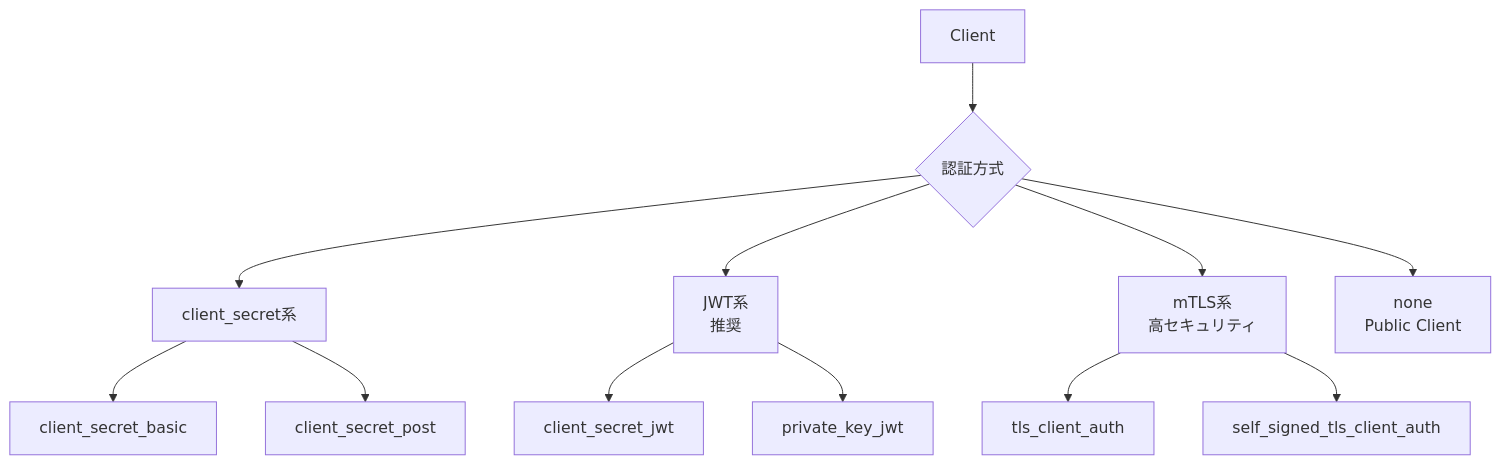
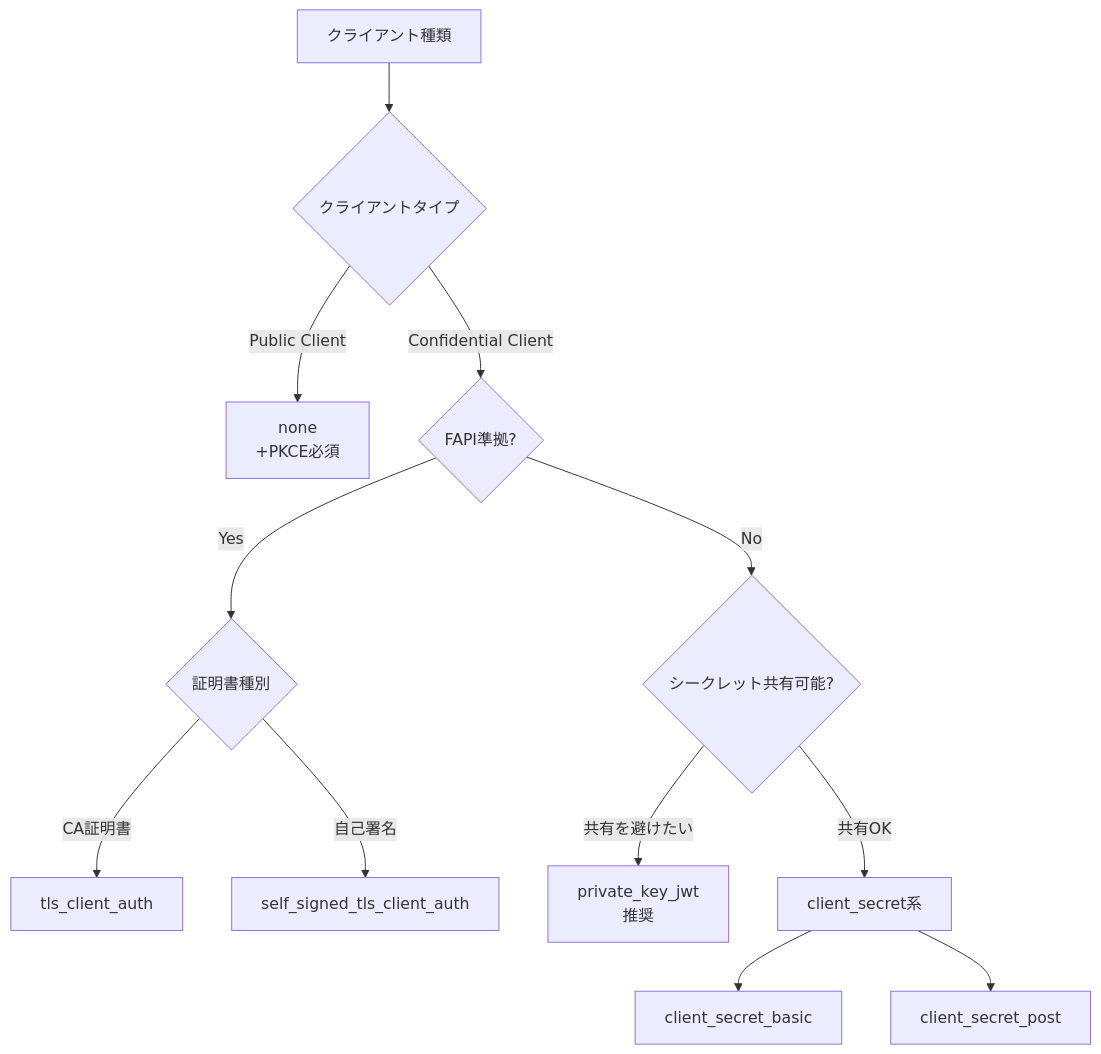
One commit to hirokazu-kobayashi-koba-hiro/idp-server changed the sixth of 6 diagrams in documentation/docs/content_03_concepts/concept-12-authorization.md. Above: the diagram before and after it, drawn with Mermaid. The commit also changed other lines of this file, not shown here.

Commit message:
Improve concept-12-authorization.md: Client authentication selection flowchart
Improve client authentication method selection flowchart to use decision-based flow instead of categorical grouping.

## Changes

- Change flowchart from categorical grouping to decision flow
- Replace "証明書使用可能?" with "FAPI準拠?" for clearer decision criteria
- Update selection criteria table:
  - "証明書使用可能（金融・医療）" → "FAPI準拠（金融・医療）"
  - "本番環境全般" → "シークレット共有を避けたい"
  - Reason: "最高セキュリティ" → "FAPI要件"

## Improvements

### Before (Categorical)
- Grouped by authentication method type (Secret, JWT, mTLS, None)
- Recommended by security level (★★★★★)
- "本番環境" vs "開発環境" (unclear criteria)

### After (Decision Flow)
1. Public Client → `none` + PKCE
2. Confidential Client → FAPI準拠?
   - Yes → mTLS (`tls_client_auth` or `self_signed_tls_client_auth`)
   - No → シークレット共有可能?
     - 共有を避けたい → `private_key_jwt` (推奨)
     - 共有OK → `client_secret系`

## Benefits

- Clearer decision criteria (FAPI compliance, secret sharing)
- Follows same pattern as "5. 多様な認可フロー"
- Easier for beginners to choose the right method
- Removes ambiguous "本番/開発" distinction

🤖 Generated with [Claude Code](https://claude.com/claude-code)

````diff
--- a/documentation/docs/content_03_concepts/concept-12-authorization.md
+++ b/documentation/docs/content_03_concepts/concept-12-authorization.md
@@ -192,17 +192,20 @@
 ```mermaid
 flowchart TB
-    Client[Client] --> Auth{認証方式}
-    Auth --> Secret[client_secret系]
-    Auth --> JWT[JWT系<br/>推奨]
-    Auth --> MTLS[mTLS系<br/>高セキュリティ]
-    Auth --> None[none<br/>Public Client]
+    Start[クライアント種類] --> Type{クライアントタイプ}
+
+    Type -->|Public Client| None[none<br/>+PKCE必須]
+
+    Type -->|Confidential Client| FAPI{FAPI準拠?}
+
+    FAPI -->|Yes| MTLS{証明書種別}
+    FAPI -->|No| Shared{シークレット共有可能?}
+
+    MTLS -->|CA証明書| TLS[tls_client_auth]
+    MTLS -->|自己署名| SelfSigned[self_signed_tls_client_auth]
+
+    Shared -->|共有を避けたい| JWT[private_key_jwt<br/>推奨]
+    Shared -->|共有OK| Secret[client_secret系]
 
     Secret --> Basic[client_secret_basic]
     Secret --> Post[client_secret_post]
-
-    JWT --> SecretJWT[client_secret_jwt]
-    JWT --> PrivateJWT[private_key_jwt]
-
-    MTLS --> TLS[tls_client_auth]
-    MTLS --> SelfSigned[self_signed_tls_client_auth]
 ```
````
